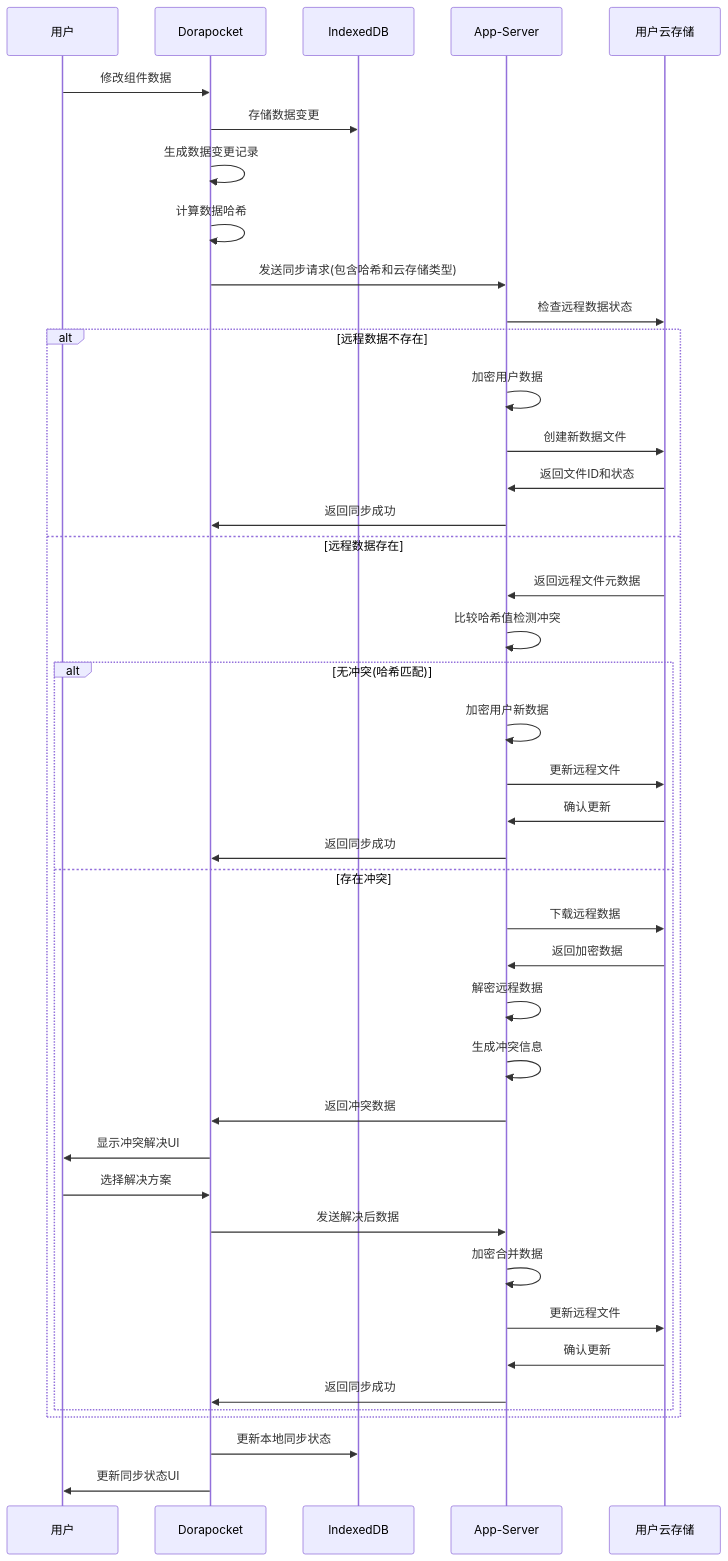
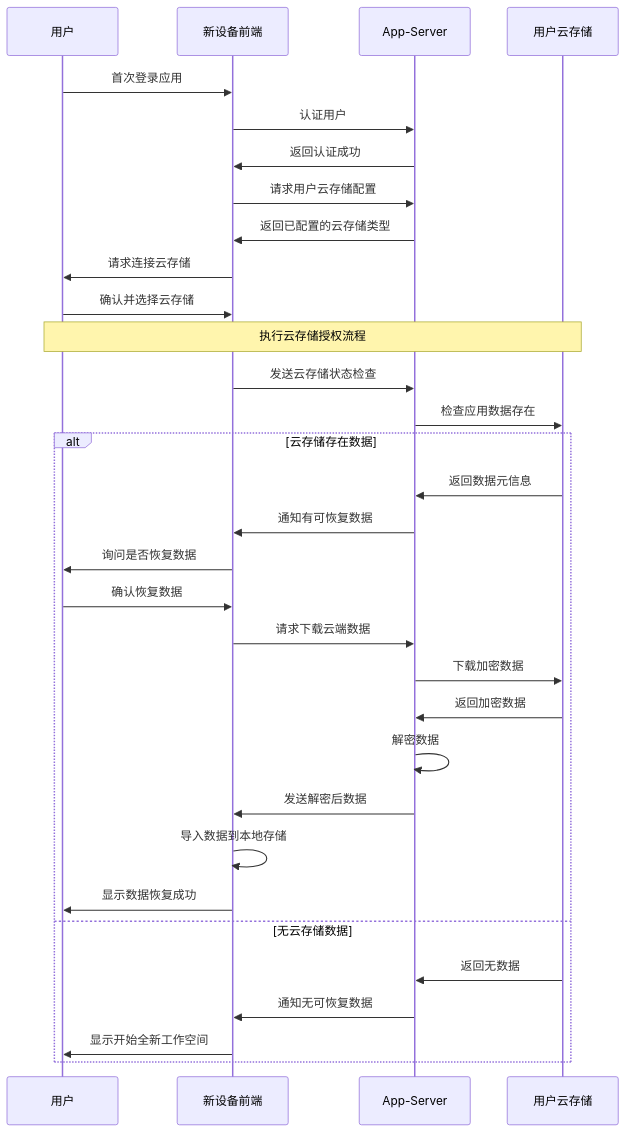
Before and after one commit to yingjianzh/iodraw-files: the diagram in all/未命名-34.md, drawn with Mermaid.

Commit message:
2025-04-17 14:07:29 update

````diff
--- a/all/未命名-34.md
+++ b/all/未命名-34.md
@@ -1,49 +1,40 @@
 ```mermaid
 sequenceDiagram
     participant User as 用户
-    participant Frontend as Dorapocket
-    participant LocalDB as IndexedDB
+    participant NewDevice as 新设备前端
     participant AppServer as App-Server
     participant UserCloud as 用户云存储
     
-    User->>Frontend: 修改组件数据
-    Frontend->>LocalDB: 存储数据变更
-    Frontend->>Frontend: 生成数据变更记录
-    Frontend->>Frontend: 计算数据哈希
-    Frontend->>AppServer: 发送同步请求(包含哈希和云存储类型)
+    User->>NewDevice: 首次登录应用
+    NewDevice->>AppServer: 认证用户
+    AppServer->>NewDevice: 返回认证成功
     
-    AppServer->>UserCloud: 检查远程数据状态
+    NewDevice->>AppServer: 请求用户云存储配置
+    AppServer->>NewDevice: 返回已配置的云存储类型
     
-    alt 远程数据不存在
-        AppServer->>AppServer: 加密用户数据
-        AppServer->>UserCloud: 创建新数据文件
-        UserCloud->>AppServer: 返回文件ID和状态
-        AppServer->>Frontend: 返回同步成功
-    else 远程数据存在
-        UserCloud->>AppServer: 返回远程文件元数据
-        AppServer->>AppServer: 比较哈希值检测冲突
-        
-        alt 无冲突(哈希匹配)
-            AppServer->>AppServer: 加密用户新数据
-            AppServer->>UserCloud: 更新远程文件
-            UserCloud->>AppServer: 确认更新
-            AppServer->>Frontend: 返回同步成功
-        else 存在冲突
-            AppServer->>UserCloud: 下载远程数据
-            UserCloud->>AppServer: 返回加密数据
-            AppServer->>AppServer: 解密远程数据
-            AppServer->>AppServer: 生成冲突信息
-            AppServer->>Frontend: 返回冲突数据
-            Frontend->>User: 显示冲突解决UI
-            User->>Frontend: 选择解决方案
-            Frontend->>AppServer: 发送解决后数据
-            AppServer->>AppServer: 加密合并数据
-            AppServer->>UserCloud: 更新远程文件
-            UserCloud->>AppServer: 确认更新
-            AppServer->>Frontend: 返回同步成功
-        end
+    NewDevice->>User: 请求连接云存储
+    User->>NewDevice: 确认并选择云存储
+    
+    note over User,UserCloud: 执行云存储授权流程
+    
+    NewDevice->>AppServer: 发送云存储状态检查
+    AppServer->>UserCloud: 检查应用数据存在
+    
+    alt 云存储存在数据
+        UserCloud->>AppServer: 返回数据元信息
+        AppServer->>NewDevice: 通知有可恢复数据
+        NewDevice->>User: 询问是否恢复数据
+        User->>NewDevice: 确认恢复数据
+        NewDevice->>AppServer: 请求下载云端数据
+        AppServer->>UserCloud: 下载加密数据
+        UserCloud->>AppServer: 返回加密数据
+        AppServer->>AppServer: 解密数据
+        AppServer->>NewDevice: 发送解密后数据
+        NewDevice->>NewDevice: 导入数据到本地存储
+        NewDevice->>User: 显示数据恢复成功
+    else 无云存储数据
+        UserCloud->>AppServer: 返回无数据
+        AppServer->>NewDevice: 通知无可恢复数据
+        NewDevice->>User: 显示开始全新工作空间
     end
-    
-    Frontend->>LocalDB: 更新本地同步状态
-    Frontend->>User: 更新同步状态UI
 ```
````
